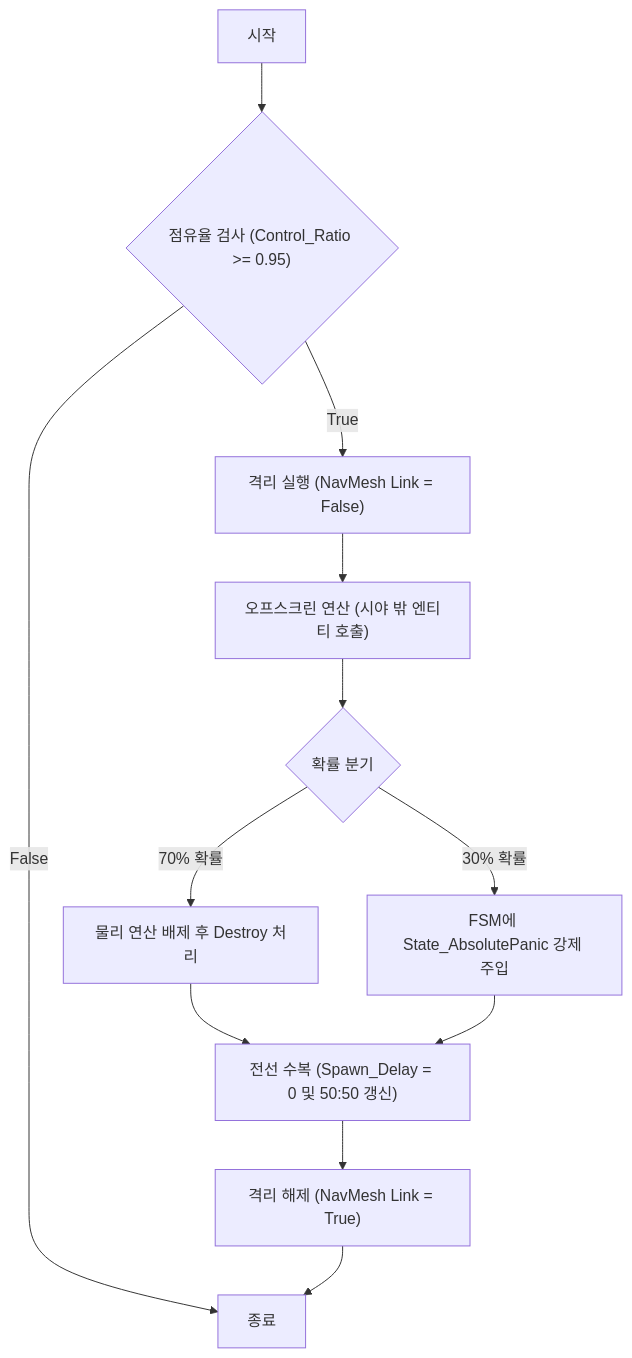
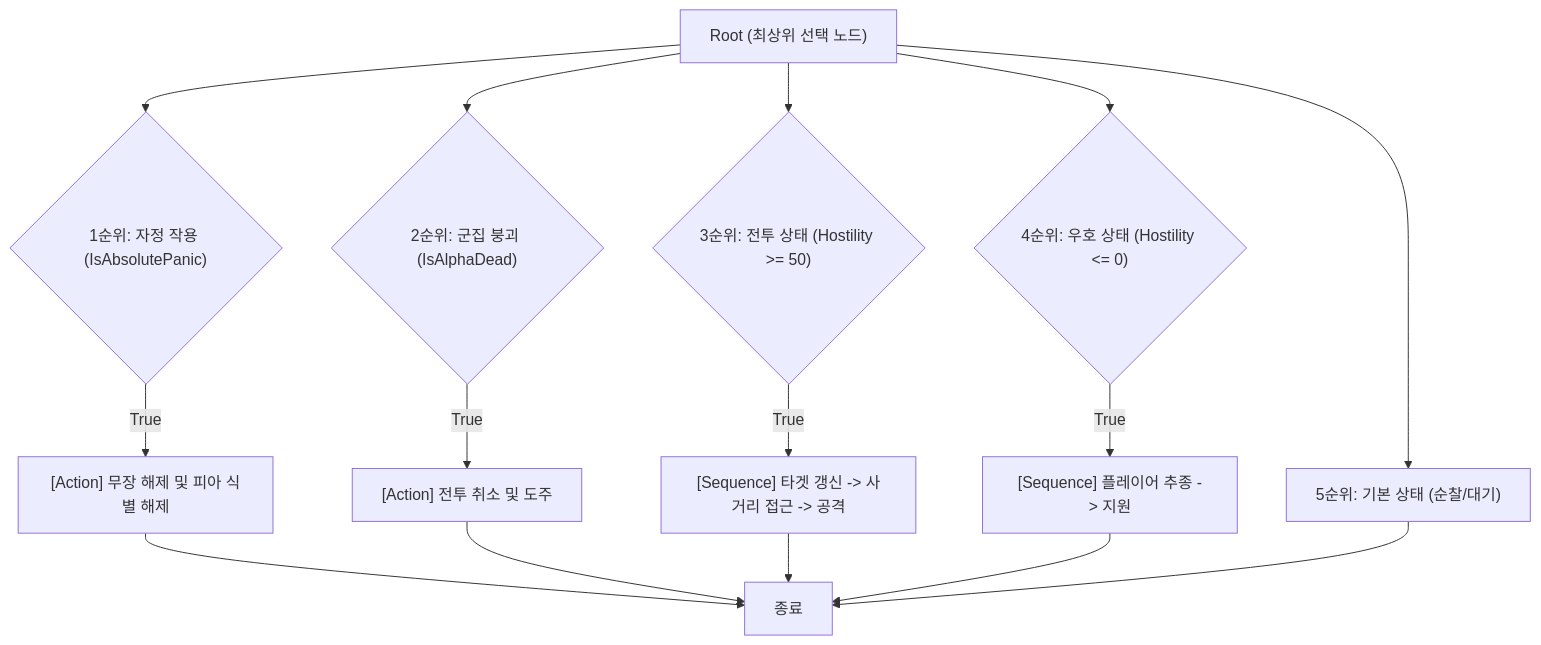
Before and after one commit to hayuuwng/Portfolio: the third of 3 diagrams in 팩션 생태계 AI 시스템 구조도.md, drawn with Mermaid.

Commit message:
Update 팩션 생태계 AI 시스템 구조도.md

````diff
--- a/팩션 생태계 AI 시스템 구조도.md
+++ b/팩션 생태계 AI 시스템 구조도.md
@@ -132,20 +132,20 @@
 ```mermaid
 graph TD
-    A["시작"] --> B{"점유율 검사 (Control_Ratio >= 0.95)"}
-    
-    B -->|"False"| C["종료"]
-    B -->|"True"| D["격리 실행 (NavMesh Link = False)"]
-    
-    D --> E["오프스크린 연산 (시야 밖 엔티티 호출)"]
-    E --> F{"확률 분기"}
-    
-    F -->|"70% 확률"| G["물리 연산 배제 후 Destroy 처리"]
-    F -->|"30% 확률"| H["FSM에 State_AbsolutePanic 강제 주입"]
-    
-    G --> I["전선 수복 (Spawn_Delay = 0 및 50:50 갱신)"]
-    H --> I
-    
-    I --> J["격리 해제 (NavMesh Link = True)"]
-    J --> C
+    A["Root (최상위 선택 노드)"] --> B{"1순위: 자정 작용 (IsAbsolutePanic)"}
+    A --> C{"2순위: 군집 붕괴 (IsAlphaDead)"}
+    A --> D{"3순위: 전투 상태 (Hostility >= 50)"}
+    A --> E{"4순위: 우호 상태 (Hostility <= 0)"}
+    A --> F["5순위: 기본 상태 (순찰/대기)"]
+
+    B -->|"True"| B1["[Action] 무장 해제 및 피아 식별 해제"]
+    C -->|"True"| C1["[Action] 전투 취소 및 도주"]
+    D -->|"True"| D1["[Sequence] 타겟 갱신 -> 사거리 접근 -> 공격"]
+    E -->|"True"| E1["[Sequence] 플레이어 추종 -> 지원"]
+
+    B1 --> Z["종료"]
+    C1 --> Z
+    D1 --> Z
+    E1 --> Z
+    F --> Z
 
 ```
````
